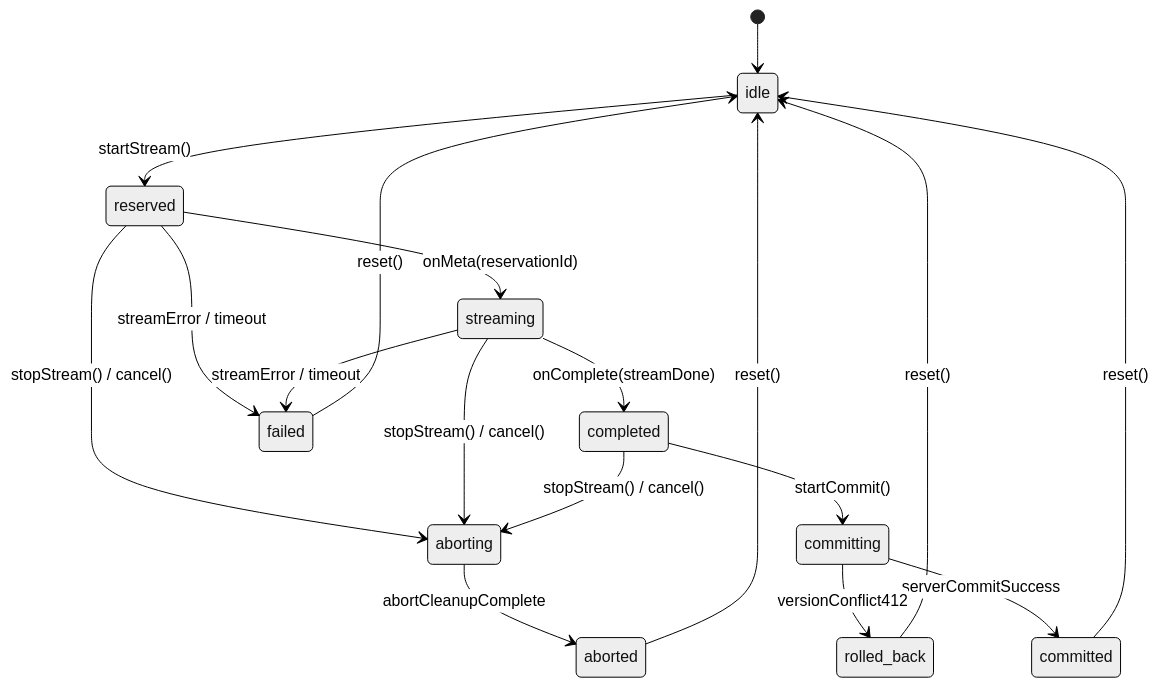
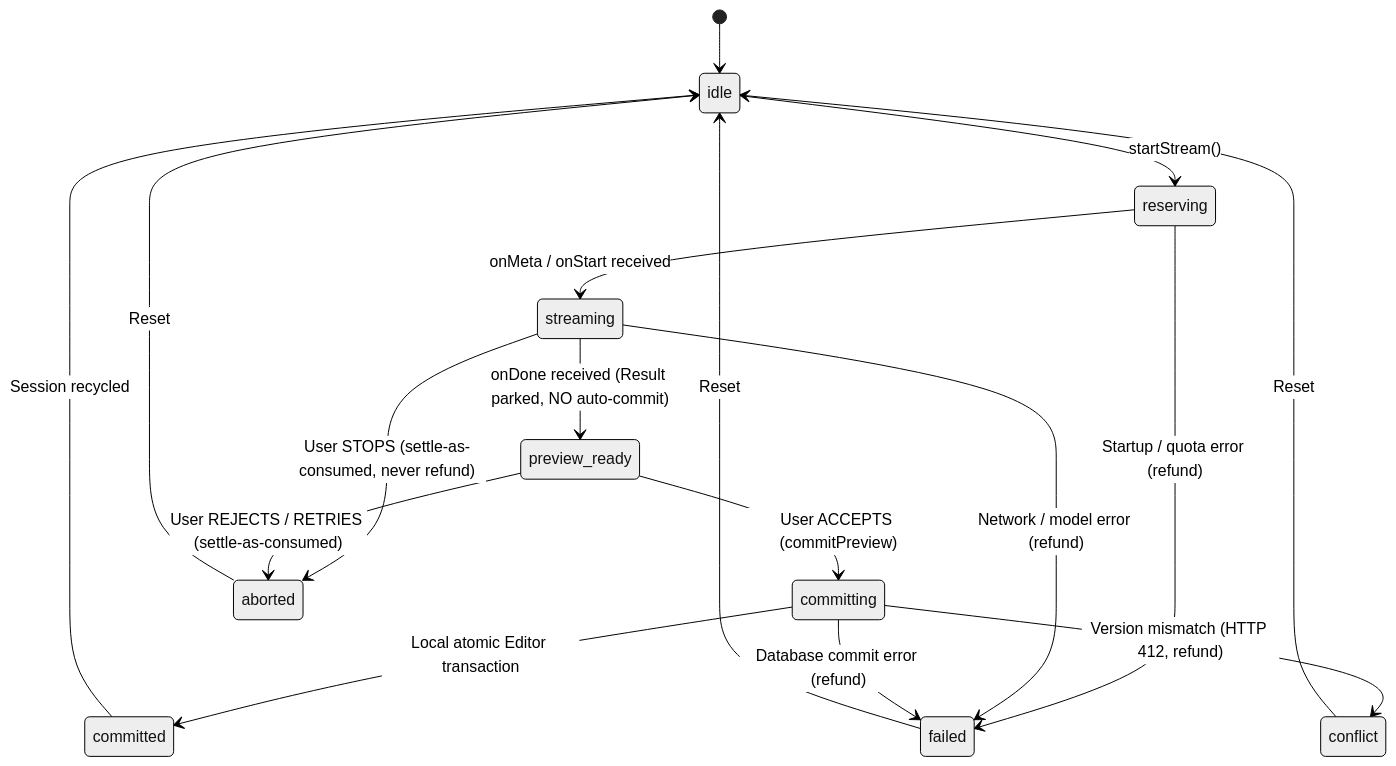
One commit to Abdullah931-stack/LUGX changed the second of 2 diagrams in docs/reference/UI_STREAMING_ARCHITECTURE_IMPLEMENTATION.md. Above: the diagram before and after it, drawn with Mermaid (neutral theme). The commit also changed other lines of this file and 7 other files, not shown here.

Commit message:
docs: synchronize architecture, reference specifications, and root README with codebase reality

````diff
--- a/docs/reference/UI_STREAMING_ARCHITECTURE_IMPLEMENTATION.md
+++ b/docs/reference/UI_STREAMING_ARCHITECTURE_IMPLEMENTATION.md
@@ -57,22 +60,22 @@
 ```mermaid
 stateDiagram-v2
     [*] --> idle
-    idle --> reserved: startStream()
-    reserved --> streaming: onMeta(reservationId)
-    streaming --> completed: onComplete(streamDone)
-    completed --> committing: startCommit()
-    committing --> committed: serverCommitSuccess
-    committed --> idle: reset()
+    idle --> reserving: startStream()
+    reserving --> streaming: onMeta / onStart received
+    streaming --> preview_ready: onDone received (Result parked, NO auto-commit)
+    preview_ready --> committing: User ACCEPTS (commitPreview)
+    committing --> committed: Local atomic Editor transaction
+    committed --> idle: Session recycled
 
-    reserved --> aborting: stopStream() / cancel()
-    streaming --> aborting: stopStream() / cancel()
-    completed --> aborting: stopStream() / cancel()
-    aborting --> aborted: abortCleanupComplete
-    aborted --> idle: reset()
+    streaming --> aborted: User STOPS (settle-as-consumed, never refund)
+    preview_ready --> aborted: User REJECTS / RETRIES (settle-as-consumed)
 
-    reserved --> failed: streamError / timeout
-    streaming --> failed: streamError / timeout
-    committing --> rolled_back: versionConflict412
-    failed --> idle: reset()
-    rolled_back --> idle: reset()
+    reserving --> failed: Startup / quota error (refund)
+    streaming --> failed: Network / model error (refund)
+    committing --> failed: Database commit error (refund)
+    committing --> conflict: Version mismatch (HTTP 412, refund)
+    
+    aborted --> idle: Reset
+    failed --> idle: Reset
+    conflict --> idle: Reset
 ```
````
